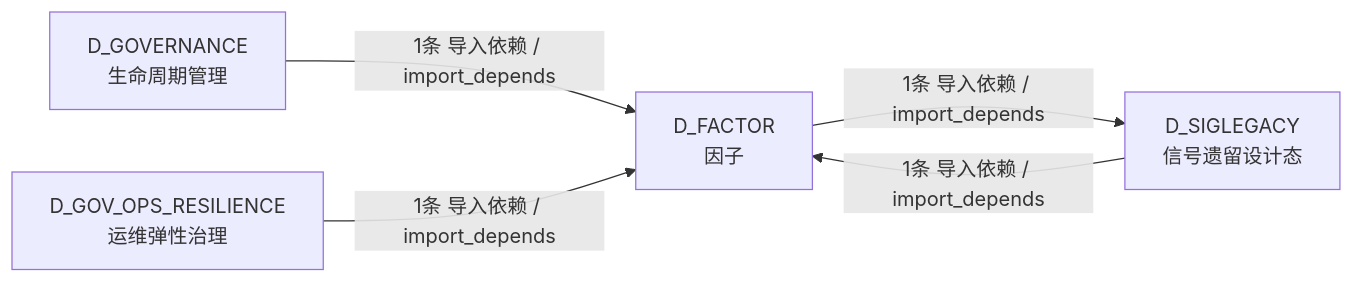
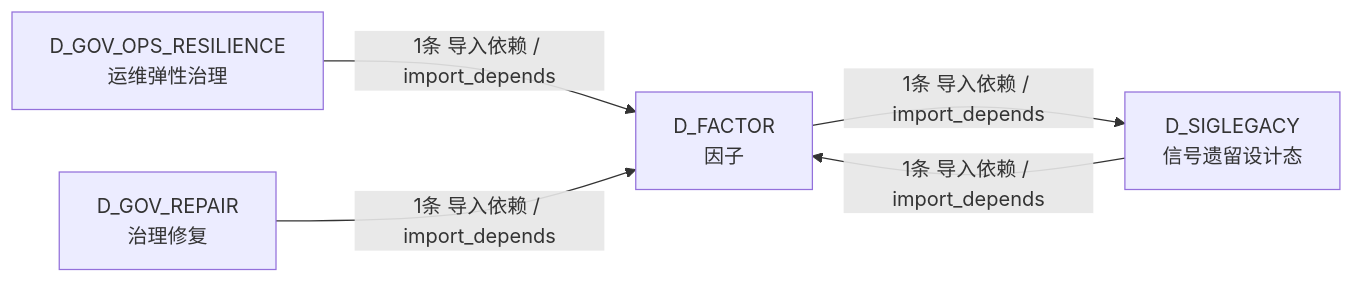
One commit to xuanFelixVan/ZephyrAlpha changed the fourth of 4 diagrams in docs/02_enterprise_architecture/02_domain_architecture_docs/36_d_factor.md. Above: the diagram before and after it, drawn with Mermaid. The commit also changed other lines of this file and 126 other files, not shown here.

````diff
--- a/docs/02_enterprise_architecture/02_domain_architecture_docs/36_d_factor.md
+++ b/docs/02_enterprise_architecture/02_domain_architecture_docs/36_d_factor.md
@@ -199,11 +194,11 @@
 ```mermaid
 graph LR
     D_FACTOR["D_FACTOR<br/>因子"]
     D_SIGLEGACY["D_SIGLEGACY<br/>信号遗留设计态"]
-    D_GOVERNANCE["D_GOVERNANCE<br/>生命周期管理"]
     D_GOV_OPS_RESILIENCE["D_GOV_OPS_RESILIENCE<br/>运维弹性治理"]
+    D_GOV_REPAIR["D_GOV_REPAIR<br/>治理修复"]
     D_FACTOR -->|1条 导入依赖 / import_depends| D_SIGLEGACY
-    D_GOVERNANCE -->|1条 导入依赖 / import_depends| D_FACTOR
     D_GOV_OPS_RESILIENCE -->|1条 导入依赖 / import_depends| D_FACTOR
+    D_GOV_REPAIR -->|1条 导入依赖 / import_depends| D_FACTOR
     D_SIGLEGACY -->|1条 导入依赖 / import_depends| D_FACTOR
 ```
````
